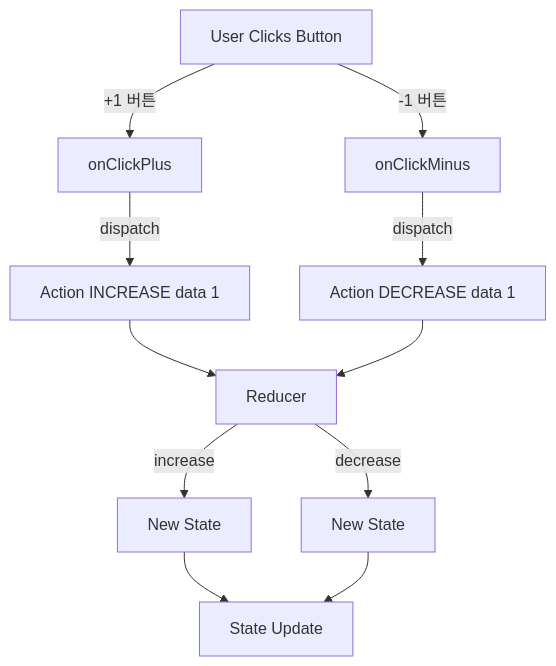
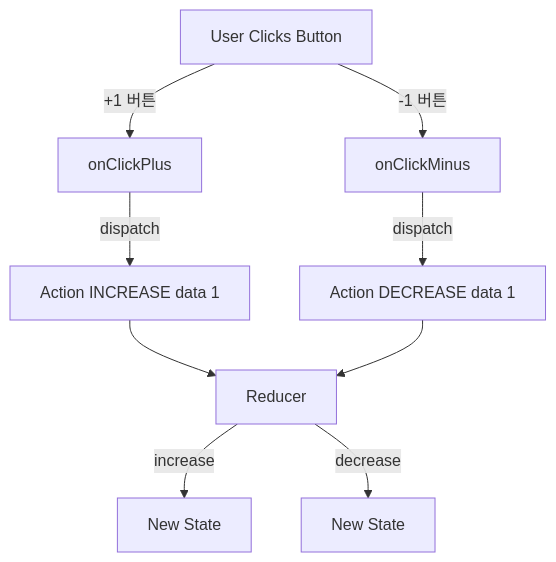
One commit to 100-hours-a-week/KTB_RAN_TIL changed the diagram in React/Reducer/01_useReducer-basic.md. Above: the diagram before and after it, drawn with Mermaid.

Commit message:
docs : useReducer 코드 수정

````diff
--- a/React/Reducer/01_useReducer-basic.md
+++ b/React/Reducer/01_useReducer-basic.md
@@ -135,18 +135,16 @@
 ```mermaid
 flowchart TD
     UI[User Clicks Button] -->|+1 버튼| PLUS[onClickPlus]
     UI -->|-1 버튼| MINUS[onClickMinus]
 
     PLUS -->|dispatch| D1[Action INCREASE data 1]
     MINUS -->|dispatch| D2[Action DECREASE data 1]
 
     D1 --> REDUCER[Reducer]
     D2 --> REDUCER
 
     REDUCER -->|increase| NEXT1[New State]
     REDUCER -->|decrease| NEXT2[New State]
 
-    NEXT1 --> STATE[State Update]
-    NEXT2 --> STATE
 
 ```
````
